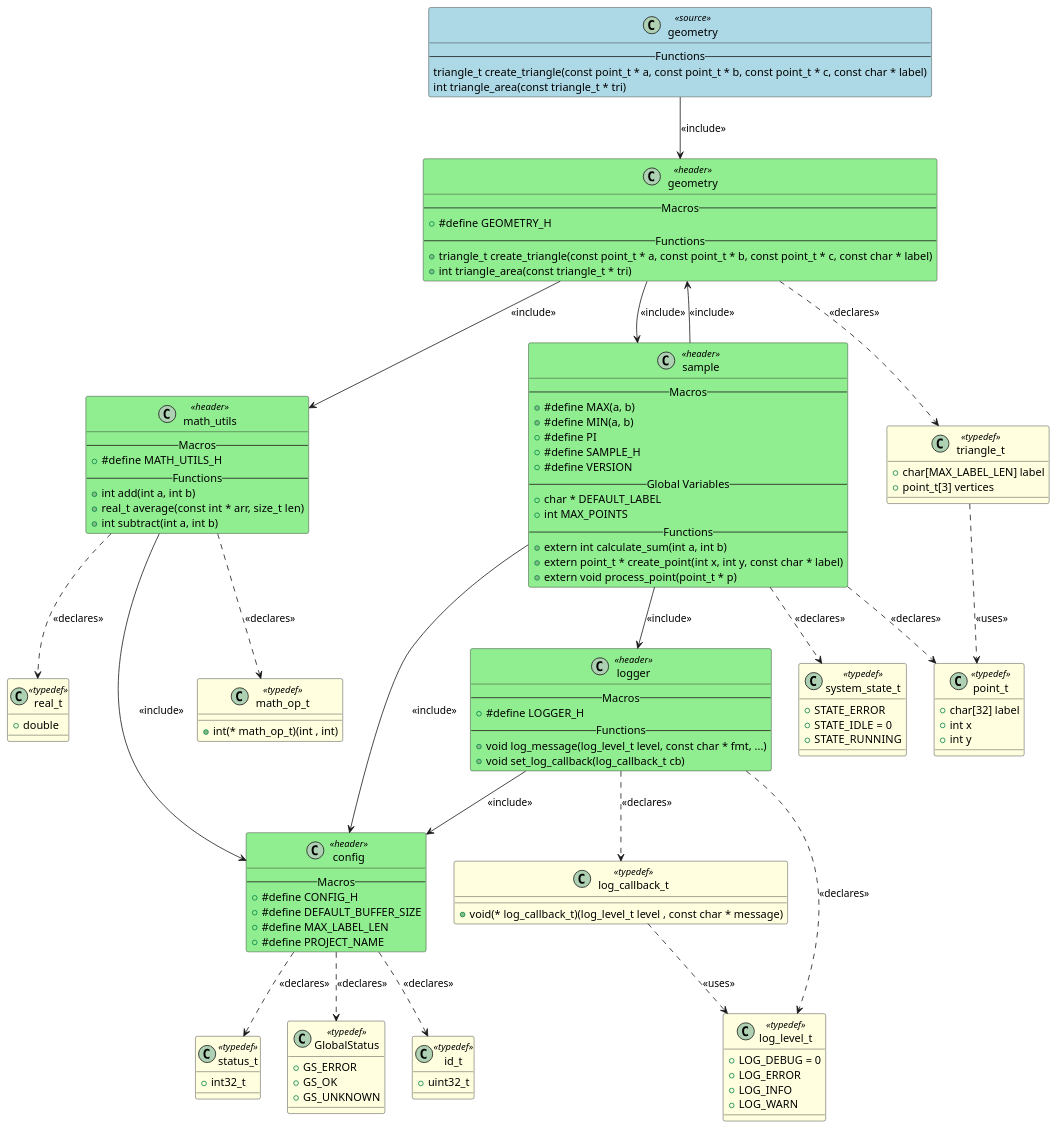
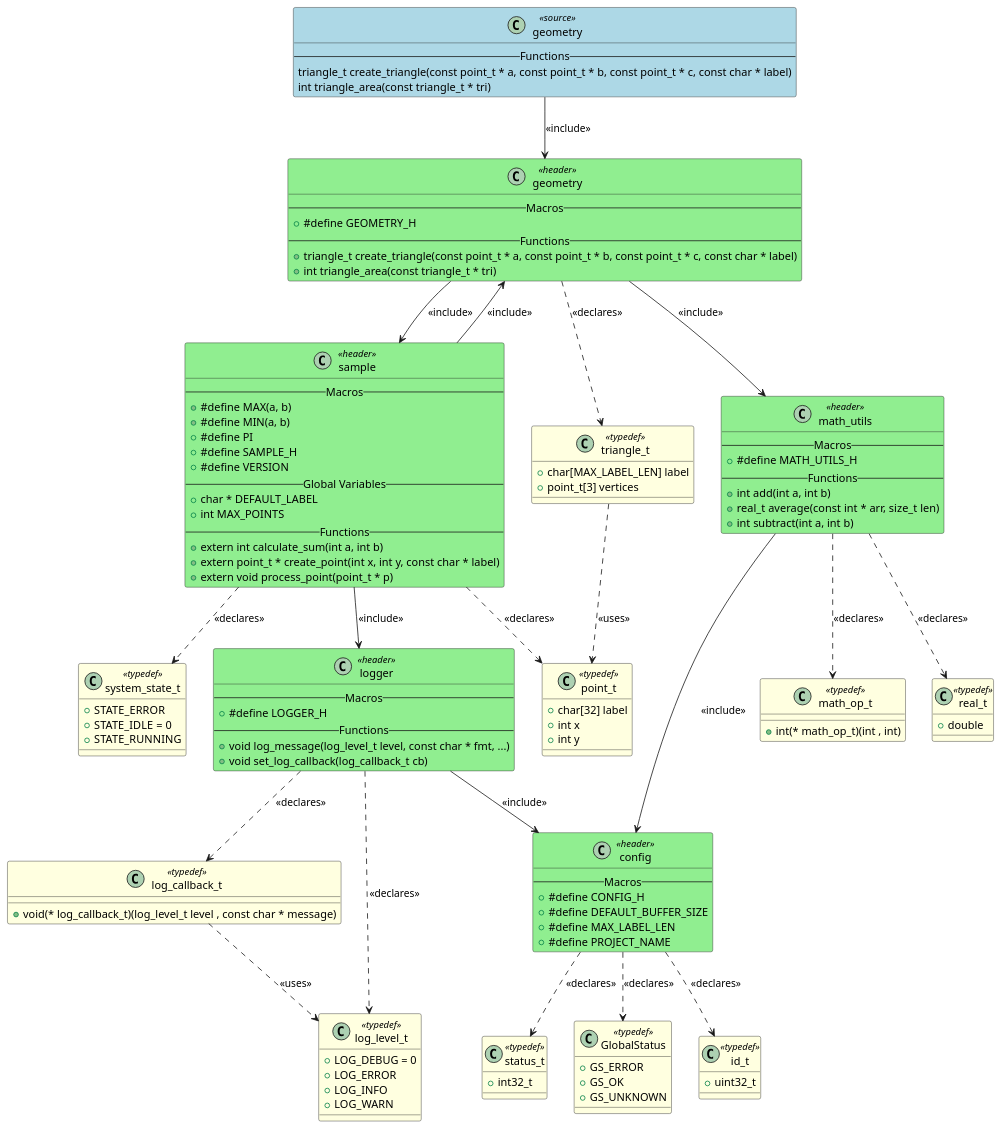
The diagram in output/geometry.puml (fischerjooo/c2puml), drawn with PlantUML before and after one commit. The commit also changed 10 other files, not shown here.

Commit message:
Improve header-to-root mapping and remove unnecessary include relations

```diff
--- a/output/geometry.puml
+++ b/output/geometry.puml
@@ -1,151 +1,150 @@
 @startuml geometry
 
 class "geometry" as GEOMETRY <<source>> #LightBlue
 {
     -- Functions --
     triangle_t create_triangle(const point_t * a, const point_t * b, const point_t * c, const char * label)
     int triangle_area(const triangle_t * tri)
 }
 
 class "config" as HEADER_CONFIG <<header>> #LightGreen
 {
     -- Macros --
     + #define CONFIG_H
     + #define DEFAULT_BUFFER_SIZE
     + #define MAX_LABEL_LEN
     + #define PROJECT_NAME
 }
 
 class "geometry" as HEADER_GEOMETRY <<header>> #LightGreen
 {
     -- Macros --
     + #define GEOMETRY_H
     -- Functions --
     + triangle_t create_triangle(const point_t * a, const point_t * b, const point_t * c, const char * label)
     + int triangle_area(const triangle_t * tri)
 }
 
 class "logger" as HEADER_LOGGER <<header>> #LightGreen
 {
     -- Macros --
     + #define LOGGER_H
     -- Functions --
     + void log_message(log_level_t level, const char * fmt, ...)
     + void set_log_callback(log_callback_t cb)
 }
 
 class "math_utils" as HEADER_MATH_UTILS <<header>> #LightGreen
 {
     -- Macros --
     + #define MATH_UTILS_H
     -- Functions --
     + int add(int a, int b)
     + real_t average(const int * arr, size_t len)
     + int subtract(int a, int b)
 }
 
 class "sample" as HEADER_SAMPLE <<header>> #LightGreen
 {
     -- Macros --
     + #define MAX(a, b)
     + #define MIN(a, b)
     + #define PI
     + #define SAMPLE_H
     + #define VERSION
     -- Global Variables --
     + char * DEFAULT_LABEL
     + int MAX_POINTS
     -- Functions --
     + extern int calculate_sum(int a, int b)
     + extern point_t * create_point(int x, int y, const char * label)
     + extern void process_point(point_t * p)
 }
 
 class "GlobalStatus" as TYPEDEF_GLOBALSTATUS <<typedef>> #LightYellow
 {
     + GS_ERROR
     + GS_OK
     + GS_UNKNOWN
 }
 
 class "id_t" as TYPEDEF_ID_T <<typedef>> #LightYellow
 {
     + uint32_t
 }
 
 class "status_t" as TYPEDEF_STATUS_T <<typedef>> #LightYellow
 {
     + int32_t
 }
 
 class "triangle_t" as TYPEDEF_TRIANGLE_T <<typedef>> #LightYellow
 {
     + char[MAX_LABEL_LEN] label
     + point_t[3] vertices
 }
 
 class "log_level_t" as TYPEDEF_LOG_LEVEL_T <<typedef>> #LightYellow
 {
     + LOG_DEBUG = 0
     + LOG_ERROR
     + LOG_INFO
     + LOG_WARN
 }
 
 class "log_callback_t" as TYPEDEF_LOG_CALLBACK_T <<typedef>> #LightYellow
 {
     + void(* log_callback_t)(log_level_t level , const char * message)
 }
 
 class "math_op_t" as TYPEDEF_MATH_OP_T <<typedef>> #LightYellow
 {
     + int(* math_op_t)(int , int)
 }
 
 class "real_t" as TYPEDEF_REAL_T <<typedef>> #LightYellow
 {
     + double
 }
 
 class "point_t" as TYPEDEF_POINT_T <<typedef>> #LightYellow
 {
     + char[32] label
     + int x
     + int y
 }
 
 class "system_state_t" as TYPEDEF_SYSTEM_STATE_T <<typedef>> #LightYellow
 {
     + STATE_ERROR
     + STATE_IDLE = 0
     + STATE_RUNNING
 }
 
 
 ' Include relationships
 GEOMETRY --> HEADER_GEOMETRY : <<include>>
 HEADER_GEOMETRY --> HEADER_MATH_UTILS : <<include>>
 HEADER_GEOMETRY --> HEADER_SAMPLE : <<include>>
 HEADER_LOGGER --> HEADER_CONFIG : <<include>>
 HEADER_MATH_UTILS --> HEADER_CONFIG : <<include>>
-HEADER_SAMPLE --> HEADER_CONFIG : <<include>>
 HEADER_SAMPLE --> HEADER_GEOMETRY : <<include>>
 HEADER_SAMPLE --> HEADER_LOGGER : <<include>>
 
 ' Declaration relationships
 HEADER_CONFIG ..> TYPEDEF_GLOBALSTATUS : <<declares>>
 HEADER_CONFIG ..> TYPEDEF_ID_T : <<declares>>
 HEADER_CONFIG ..> TYPEDEF_STATUS_T : <<declares>>
 HEADER_GEOMETRY ..> TYPEDEF_TRIANGLE_T : <<declares>>
 HEADER_LOGGER ..> TYPEDEF_LOG_LEVEL_T : <<declares>>
 HEADER_LOGGER ..> TYPEDEF_LOG_CALLBACK_T : <<declares>>
 HEADER_MATH_UTILS ..> TYPEDEF_MATH_OP_T : <<declares>>
 HEADER_MATH_UTILS ..> TYPEDEF_REAL_T : <<declares>>
 HEADER_SAMPLE ..> TYPEDEF_POINT_T : <<declares>>
 HEADER_SAMPLE ..> TYPEDEF_SYSTEM_STATE_T : <<declares>>
 
 ' Uses relationships
 TYPEDEF_TRIANGLE_T ..> TYPEDEF_POINT_T : <<uses>>
 TYPEDEF_LOG_CALLBACK_T ..> TYPEDEF_LOG_LEVEL_T : <<uses>>
 
 @enduml
```
